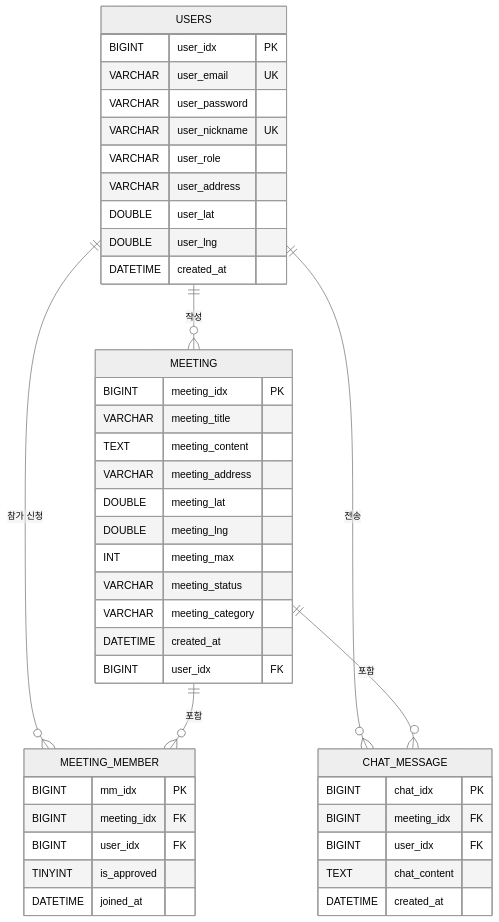
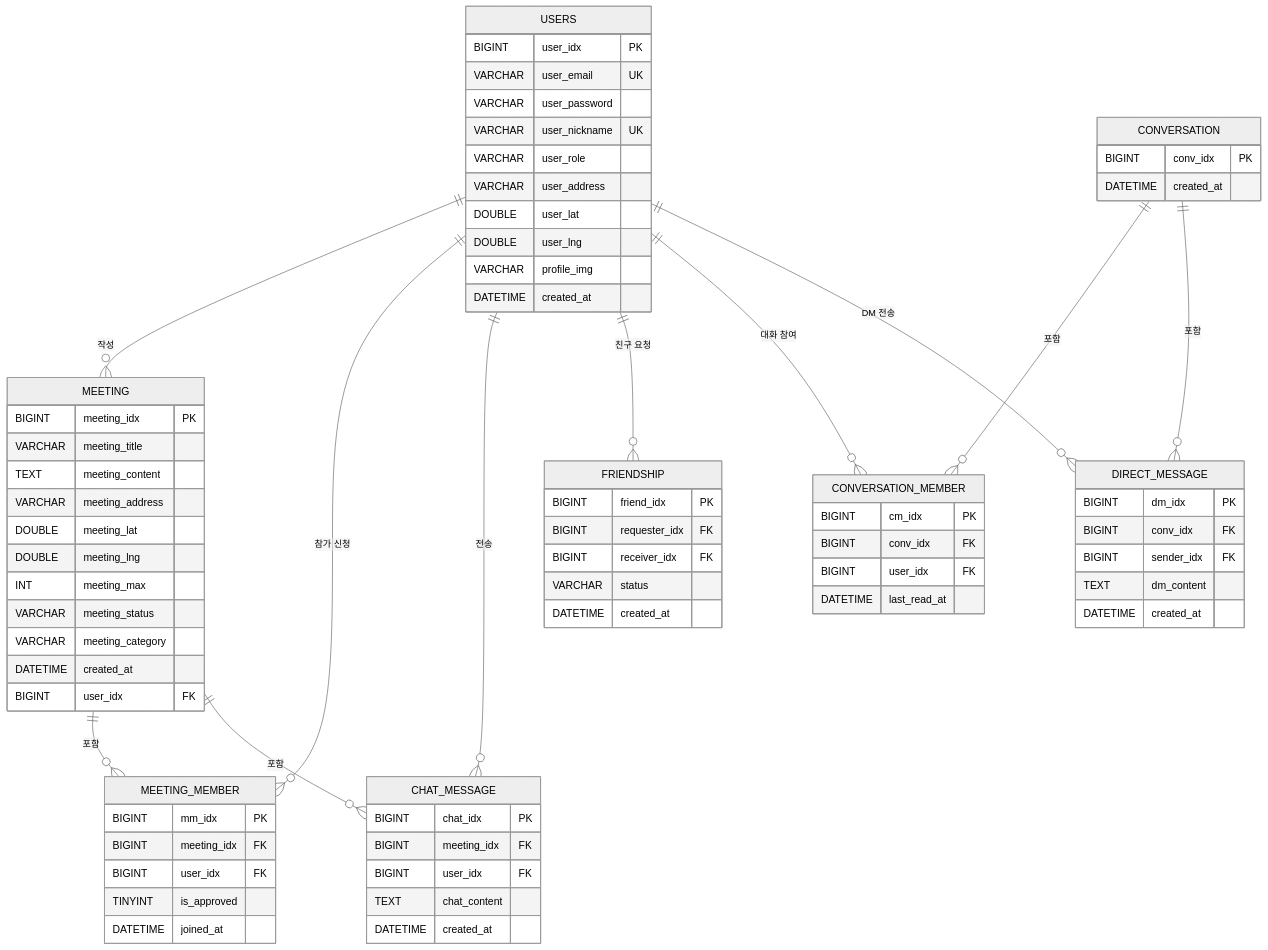
One commit to KimTaehyeok01/localmeet changed the diagram in README.md. Above: the diagram before and after it, drawn with Mermaid (neutral theme). The commit also changed other lines of this file and 1 other file, not shown here.

````diff
--- a/README.md
+++ b/README.md
@@ -297,6 +334,7 @@
         VARCHAR user_address
         DOUBLE user_lat
         DOUBLE user_lng
+        VARCHAR profile_img
         DATETIME created_at
     }
 
@@ -330,9 +368,42 @@
         DATETIME created_at
     }
 
+    FRIENDSHIP {
+        BIGINT friend_idx PK
+        BIGINT requester_idx FK
+        BIGINT receiver_idx FK
+        VARCHAR status
+        DATETIME created_at
+    }
+
+    CONVERSATION {
+        BIGINT conv_idx PK
+        DATETIME created_at
+    }
+
+    CONVERSATION_MEMBER {
+        BIGINT cm_idx PK
+        BIGINT conv_idx FK
+        BIGINT user_idx FK
+        DATETIME last_read_at
+    }
+
+    DIRECT_MESSAGE {
+        BIGINT dm_idx PK
+        BIGINT conv_idx FK
+        BIGINT sender_idx FK
+        TEXT dm_content
+        DATETIME created_at
+    }
+
     USERS ||--o{ MEETING : "작성"
     USERS ||--o{ MEETING_MEMBER : "참가 신청"
     USERS ||--o{ CHAT_MESSAGE : "전송"
+    USERS ||--o{ FRIENDSHIP : "친구 요청"
+    USERS ||--o{ CONVERSATION_MEMBER : "대화 참여"
+    USERS ||--o{ DIRECT_MESSAGE : "DM 전송"
     MEETING ||--o{ MEETING_MEMBER : "포함"
     MEETING ||--o{ CHAT_MESSAGE : "포함"
+    CONVERSATION ||--o{ CONVERSATION_MEMBER : "포함"
+    CONVERSATION ||--o{ DIRECT_MESSAGE : "포함"
 ```
````
